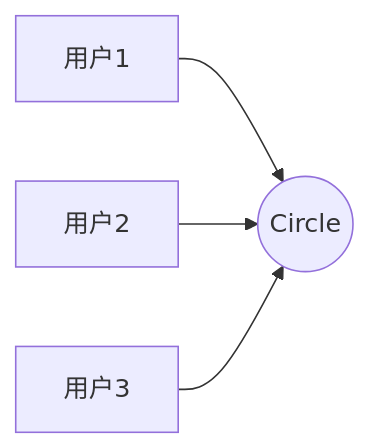
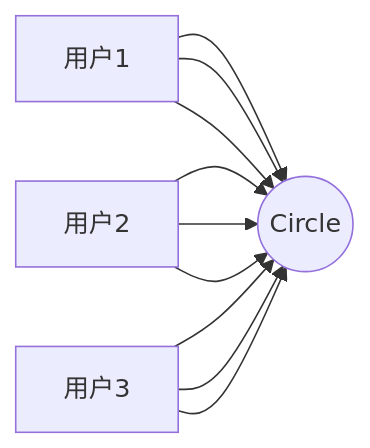
The diagram in 个人博客/note/RBAC模型的数据库设计.md (gZeyu/note), drawn with Mermaid before and after one commit. The commit also changed other lines of this file, not shown here.

Commit message:
个人博客/note/RBAC模型的数据库设计.md updated from https://stackedit.io/

````diff
--- a/个人博客/note/RBAC模型的数据库设计.md
+++ b/个人博客/note/RBAC模型的数据库设计.md
@@ -5,7 +5,12 @@
 ```mermaid
 graph LR
 U1[用户1] --> B((Circle))
 U2[用户2] --> B((Circle))
 U3[用户3] --> B((Circle))
-
+U1[用户1] --> B((Circle))
+U2[用户2] --> B((Circle))
+U3[用户3] --> B((Circle))
+U1[用户1] --> B((Circle))
+U2[用户2] --> B((Circle))
+U3[用户3] --> B((Circle))
 ```
````
